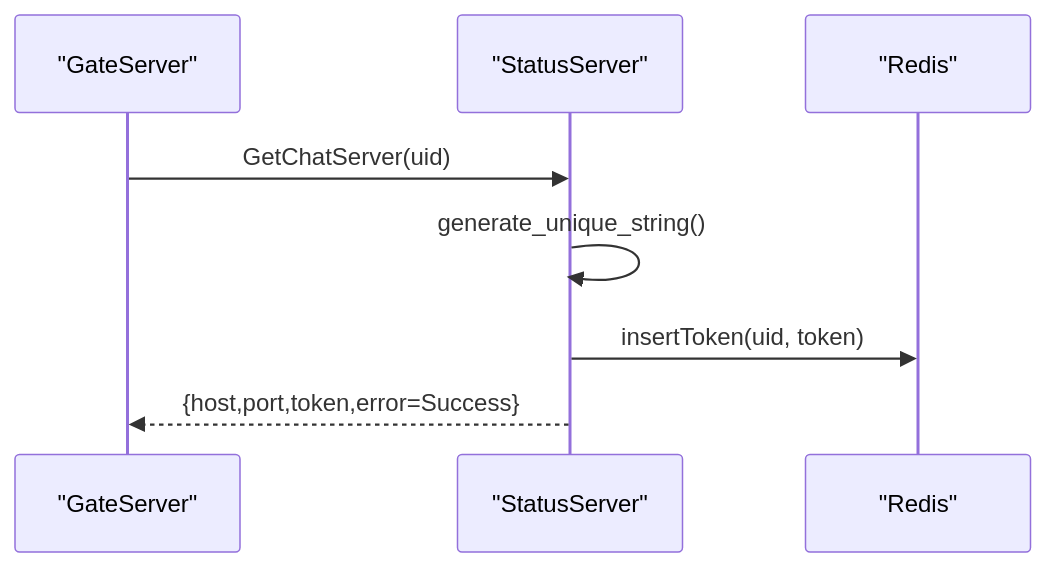
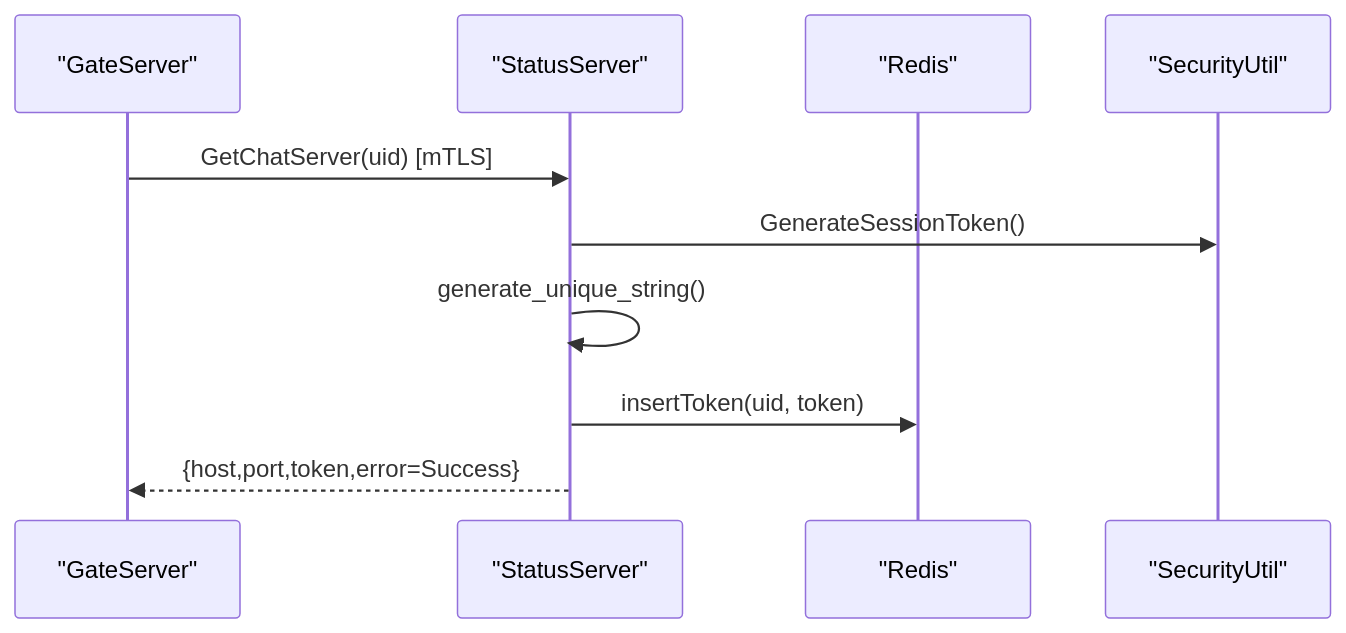
The seventh of 11 diagrams in .qoder/repowiki/zh/content/安全设计/身份认证系统/身份认证系统.md (echo9923/mychatter), drawn with Mermaid before and after one commit. The commit also changed other lines of this file and 107 other files, not shown here.

````diff
--- a/.qoder/repowiki/zh/content/安全设计/身份认证系统/身份认证系统.md
+++ b/.qoder/repowiki/zh/content/安全设计/身份认证系统/身份认证系统.md
@@ -266,10 +333,12 @@
 ```mermaid
 sequenceDiagram
 participant Gate as "GateServer"
 participant Status as "StatusServer"
 participant Redis as "Redis"
-Gate->>Status : GetChatServer(uid)
+participant SecUtil as "SecurityUtil"
+Gate->>Status : GetChatServer(uid) [mTLS]
+Status->>SecUtil : GenerateSessionToken()
 Status->>Status : generate_unique_string()
 Status->>Redis : insertToken(uid, token)
 Status-->>Gate : {host,port,token,error=Success}
 ```
````
